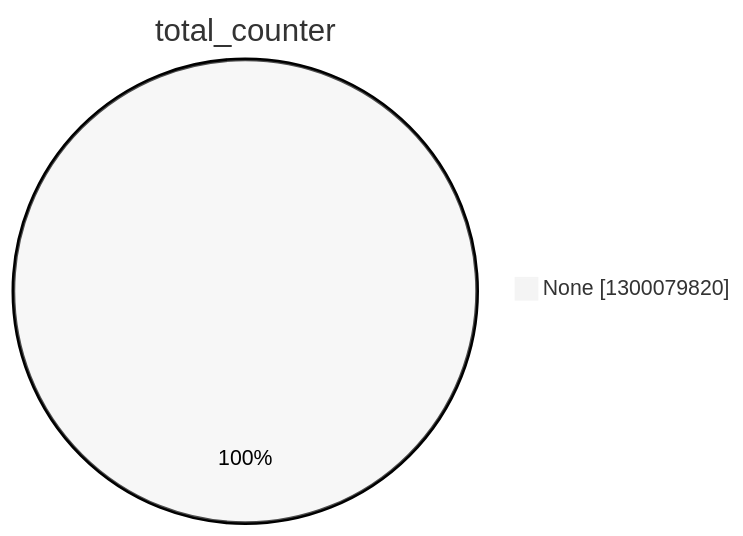
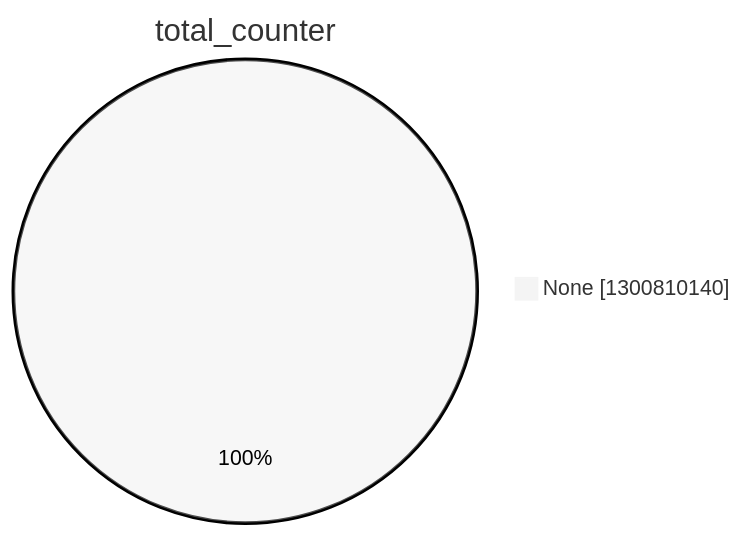
One commit to christiankrug/ctmonitor_visualization changed the second of 15 diagrams in argon2022/README.md. Above: the diagram before and after it, drawn with Mermaid (neutral theme). The commit also changed other lines of this file, not shown here.

````diff
--- a/argon2022/README.md
+++ b/argon2022/README.md
@@ -9,5 +9,5 @@
 ```mermaid
 pie showData
 title total_counter
-"None" :1300079820
+"None" :1300810140
 ```
````
